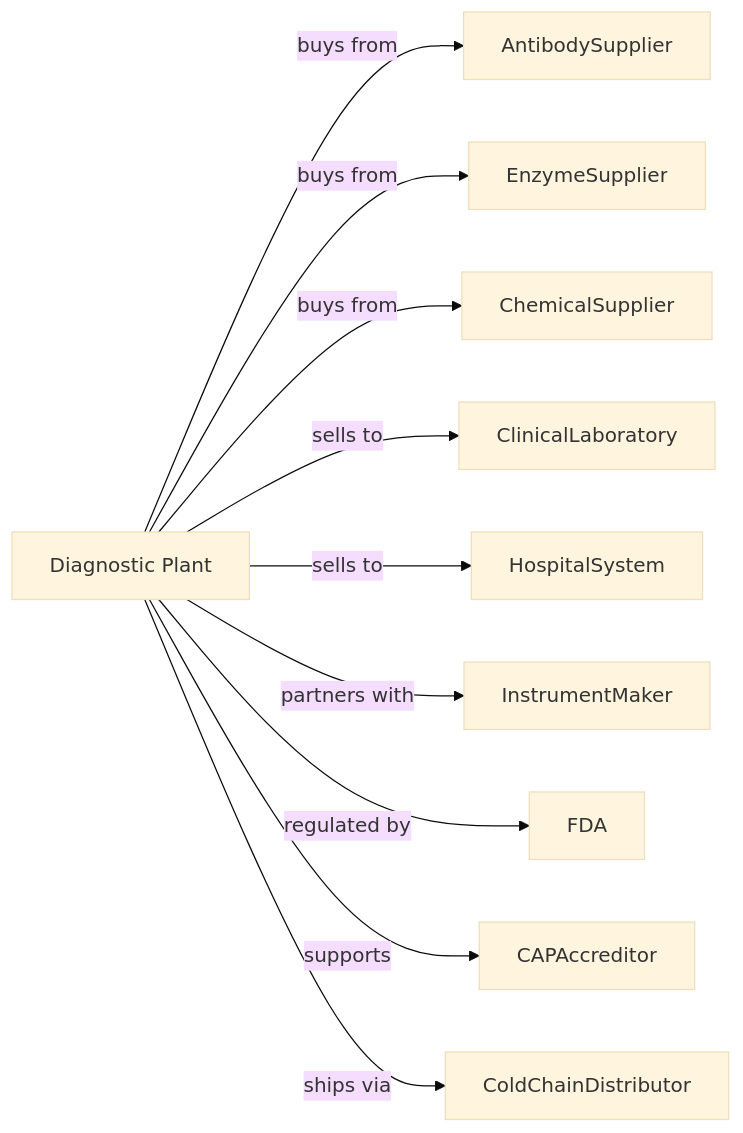
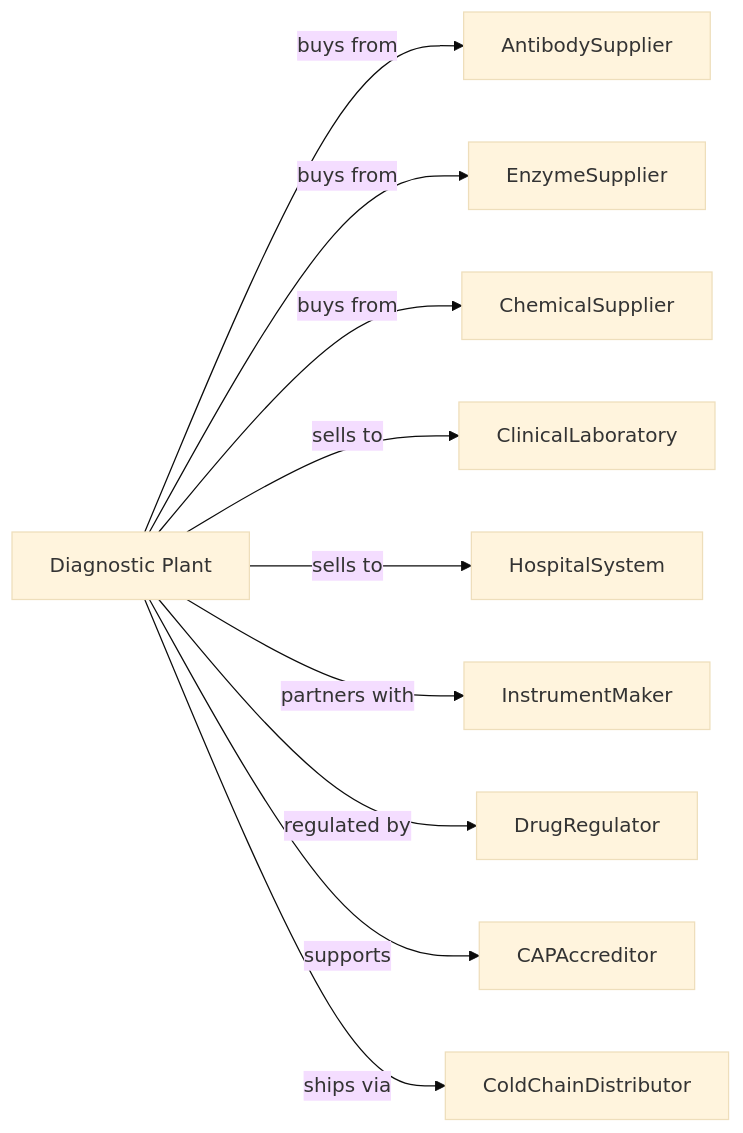
One commit to dot-org-ai/industries.org.ai changed the second of 2 diagrams in Manufacturing/ChemicalManufacturing/PharmaceuticalAndMedicineManufacturing/InVitroDiagnosticSubstanceManufacturing.mdx. Above: the diagram before and after it, drawn with Mermaid (base theme). The commit also changed other lines of this file and 588 other files, not shown here.

````diff
--- a/Manufacturing/ChemicalManufacturing/PharmaceuticalAndMedicineManufacturing/InVitroDiagnosticSubstanceManufacturing.mdx
+++ b/Manufacturing/ChemicalManufacturing/PharmaceuticalAndMedicineManufacturing/InVitroDiagnosticSubstanceManufacturing.mdx
@@ -129,14 +129,14 @@
 ```mermaid
 graph LR
     D[Diagnostic Plant]
 
     D -->|buys from| AntibodySupplier
     D -->|buys from| EnzymeSupplier
     D -->|buys from| ChemicalSupplier
     D -->|sells to| ClinicalLaboratory
     D -->|sells to| HospitalSystem
     D -->|partners with| InstrumentMaker
-    D -->|regulated by| FDA
+    D -->|regulated by| DrugRegulator
     D -->|supports| CAPAccreditor
     D -->|ships via| ColdChainDistributor
 ```
````
